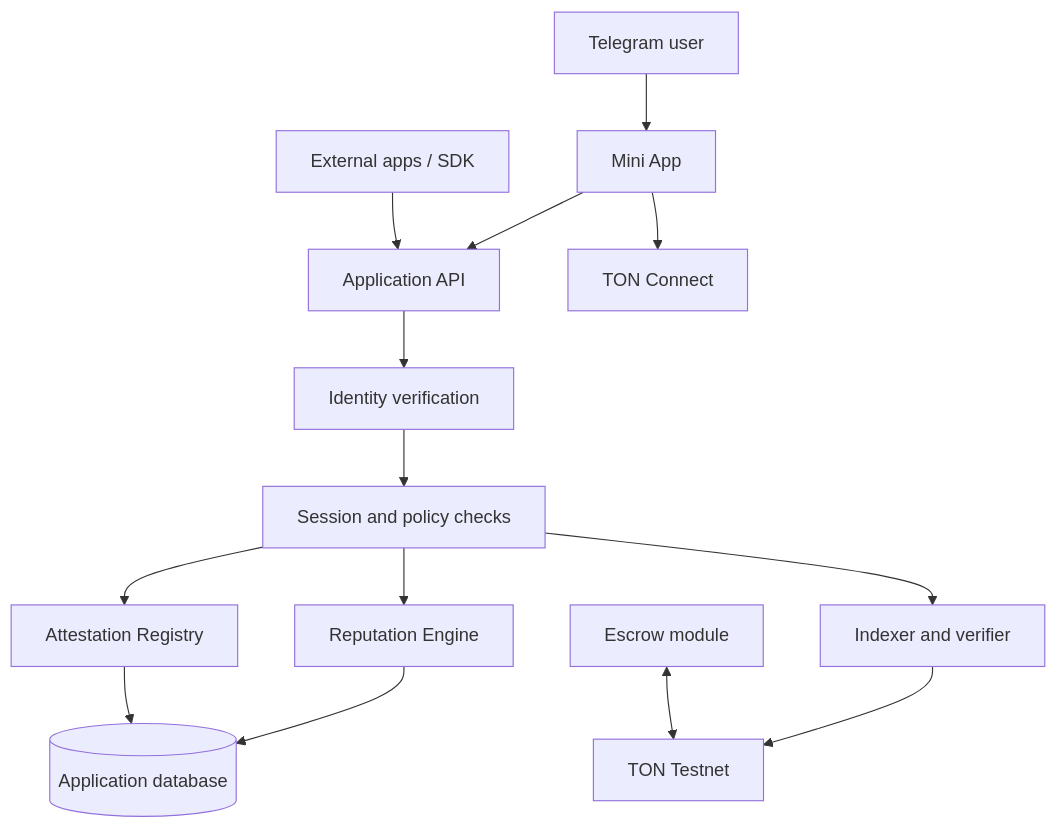
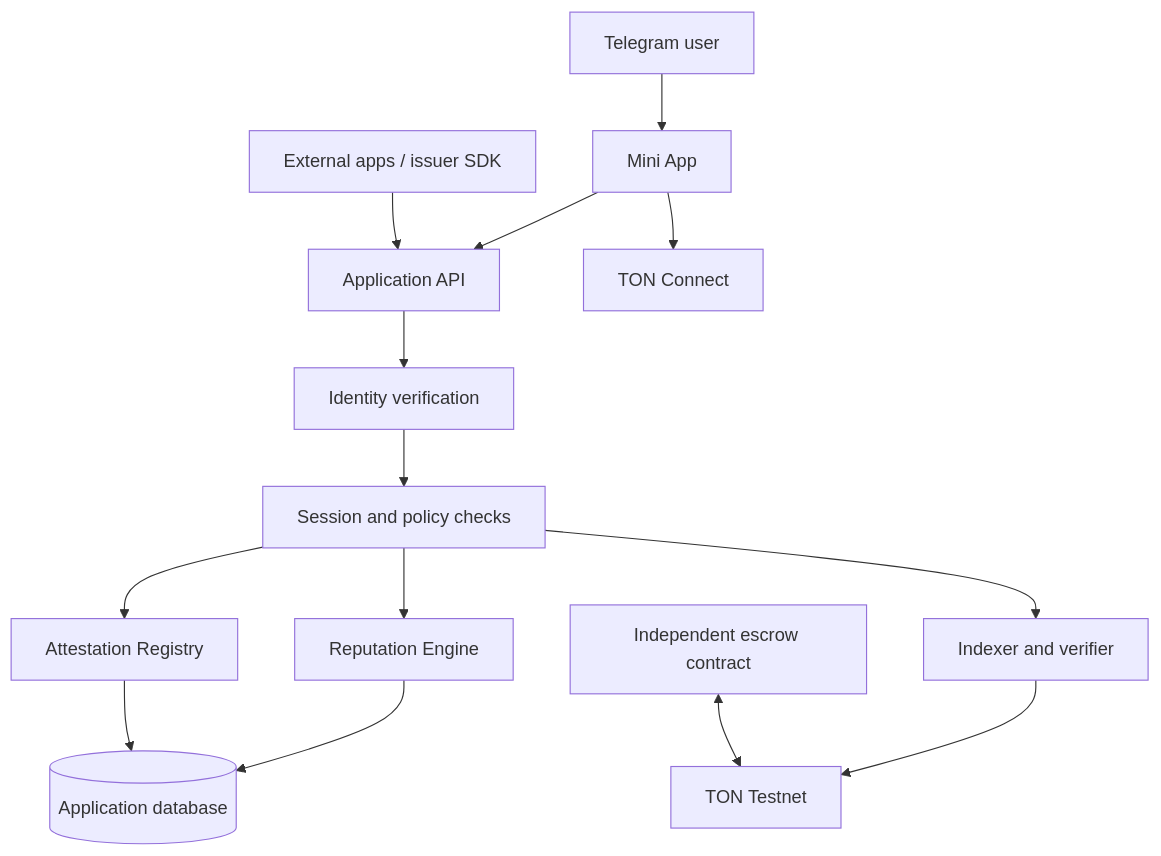
The diagram in docs/ARCHITECTURE.md (voynovsenior/DUR), drawn with Mermaid before and after one commit. The commit also changed other lines of this file, not shown here.

Commit message:
docs(architecture): document current implementation and trust boundaries

```diff
--- a/docs/ARCHITECTURE.md
+++ b/docs/ARCHITECTURE.md
@@ -26,16 +36,16 @@
 ~~~mermaid
 flowchart TD
  U[Telegram user] --> UI[Mini App]
  UI --> API[Application API]
  UI --> TC[TON Connect]
  API --> ID[Identity verification]
  ID --> AUTH[Session and policy checks]
  AUTH --> REP[Reputation Engine]
  AUTH --> ATT[Attestation Registry]
  AUTH --> IDX[Indexer and verifier]
  IDX --> TON[TON Testnet]
  REP --> DB[(Application database)]
  ATT --> DB
- ESC[Escrow module] <--> TON
- SDK[External apps / SDK] --> API
+ ESC[Independent escrow contract] <--> TON
+ SDK[External apps / issuer SDK] --> API
 ~~~
```
